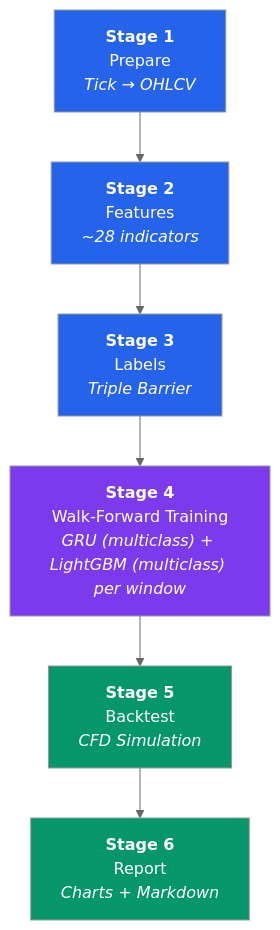
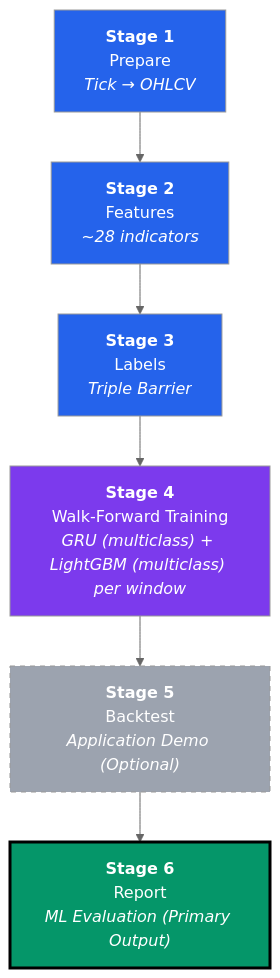
One commit to ultimateBroK/thesis-hybrid-stacking changed the second of 8 diagrams in docs/ARCHITECTURE.md. Above: the diagram before and after it, drawn with Mermaid (neutral theme). The commit also changed other lines of this file and 20 other files, not shown here.

First line of the commit message:
feat: restructure evaluation to prioritize classification metrics and demote backtest to optional demo

````diff
--- a/docs/ARCHITECTURE.md
+++ b/docs/ARCHITECTURE.md
@@ -54,18 +85,18 @@
 ```mermaid
 flowchart TD
     S1["<b>Stage 1</b><br/>Prepare<br/><i>Tick → OHLCV</i>"]
     S2["<b>Stage 2</b><br/>Features<br/><i>~28 indicators</i>"]
     S3["<b>Stage 3</b><br/>Labels<br/><i>Triple Barrier</i>"]
     S4["<b>Stage 4</b><br/>Walk-Forward Training<br/><i>GRU (multiclass) + LightGBM (multiclass) per window</i>"]
-    S5["<b>Stage 5</b><br/>Backtest<br/><i>CFD Simulation</i>"]
-    S6["<b>Stage 6</b><br/>Report<br/><i>Charts + Markdown</i>"]
+    S5["<b>Stage 5</b><br/>Backtest<br/><i>Application Demo (Optional)</i>"]
+    S6["<b>Stage 6</b><br/>Report<br/><i>ML Evaluation (Primary Output)</i>"]
 
     S1 --> S2 --> S3 --> S4 --> S5 --> S6
 
     style S1 fill:#2563EB,color:#fff
     style S2 fill:#2563EB,color:#fff
     style S3 fill:#2563EB,color:#fff
     style S4 fill:#7C3AED,color:#fff
-    style S5 fill:#059669,color:#fff
-    style S6 fill:#059669,color:#fff
+    style S5 fill:#9CA3AF,color:#fff,stroke-dasharray: 5 5
+    style S6 fill:#059669,color:#fff,stroke:#000,stroke-width:3px
 ```
````
